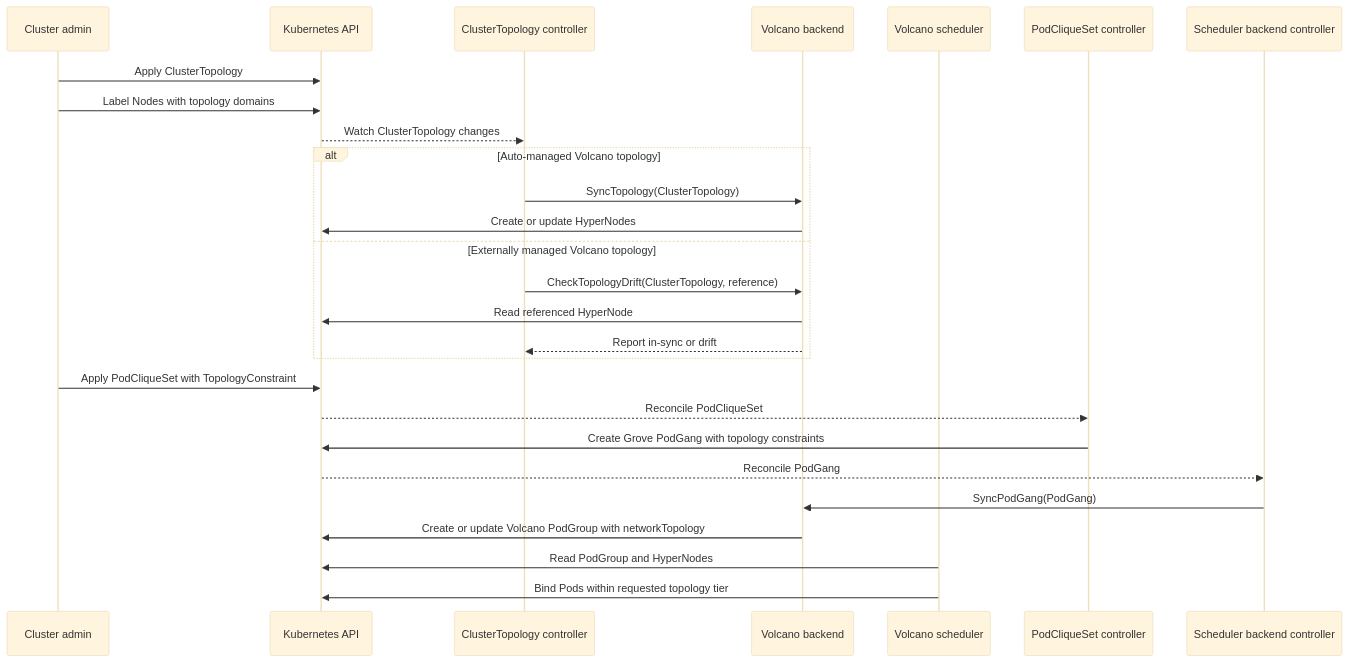
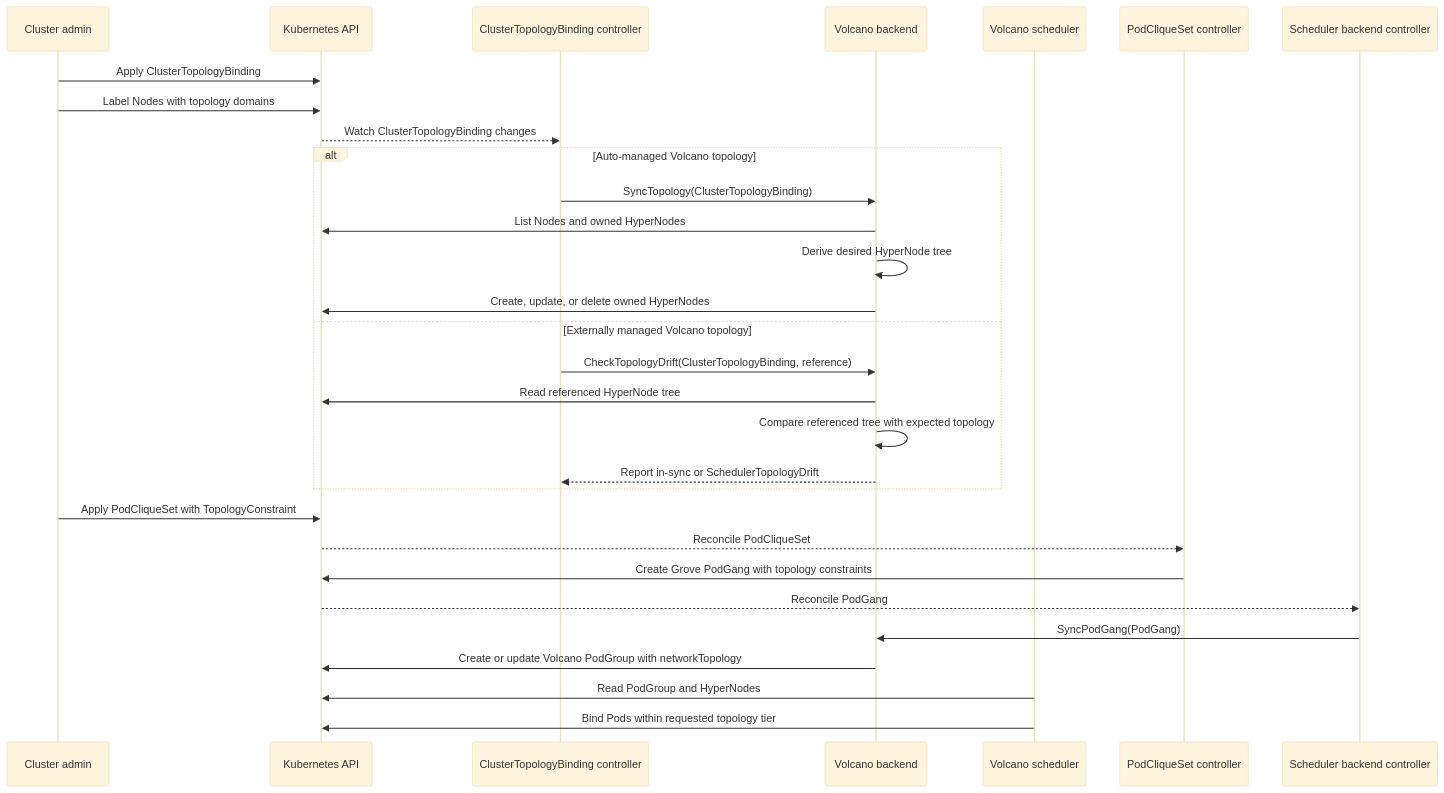
The first of 2 diagrams in docs/proposals/377-volcano-topology-aware/README.md (ai-dynamo/grove), drawn with Mermaid (base theme) before and after one commit. The commit also changed other lines of this file, not shown here.

Commit message:
docs: address volcano topology review

````diff
--- a/docs/proposals/377-volcano-topology-aware/README.md
+++ b/docs/proposals/377-volcano-topology-aware/README.md
@@ -96,32 +103,35 @@
 ```mermaid
 sequenceDiagram
     participant Admin as Cluster admin
     participant API as Kubernetes API
-    participant CT as ClusterTopology controller
+    participant CT as ClusterTopologyBinding controller
     participant VolcanoBackend as Volcano backend
     participant Volcano as Volcano scheduler
     participant PCS as PodCliqueSet controller
     participant Backend as Scheduler backend controller
 
-    Admin->>API: Apply ClusterTopology
+    Admin->>API: Apply ClusterTopologyBinding
     Admin->>API: Label Nodes with topology domains
-    API-->>CT: Watch ClusterTopology changes
+    API-->>CT: Watch ClusterTopologyBinding changes
 
     alt Auto-managed Volcano topology
-        CT->>VolcanoBackend: SyncTopology(ClusterTopology)
-        VolcanoBackend->>API: Create or update HyperNodes
+        CT->>VolcanoBackend: SyncTopology(ClusterTopologyBinding)
+        VolcanoBackend->>API: List Nodes and owned HyperNodes
+        VolcanoBackend->>VolcanoBackend: Derive desired HyperNode tree
+        VolcanoBackend->>API: Create, update, or delete owned HyperNodes
     else Externally managed Volcano topology
-        CT->>VolcanoBackend: CheckTopologyDrift(ClusterTopology, reference)
-        VolcanoBackend->>API: Read referenced HyperNode
-        VolcanoBackend-->>CT: Report in-sync or drift
+        CT->>VolcanoBackend: CheckTopologyDrift(ClusterTopologyBinding, reference)
+        VolcanoBackend->>API: Read referenced HyperNode tree
+        VolcanoBackend->>VolcanoBackend: Compare referenced tree with expected topology
+        VolcanoBackend-->>CT: Report in-sync or SchedulerTopologyDrift
     end
 
     Admin->>API: Apply PodCliqueSet with TopologyConstraint
     API-->>PCS: Reconcile PodCliqueSet
     PCS->>API: Create Grove PodGang with topology constraints
     API-->>Backend: Reconcile PodGang
     Backend->>VolcanoBackend: SyncPodGang(PodGang)
     VolcanoBackend->>API: Create or update Volcano PodGroup with networkTopology
     Volcano->>API: Read PodGroup and HyperNodes
     Volcano->>API: Bind Pods within requested topology tier
 ```
````
